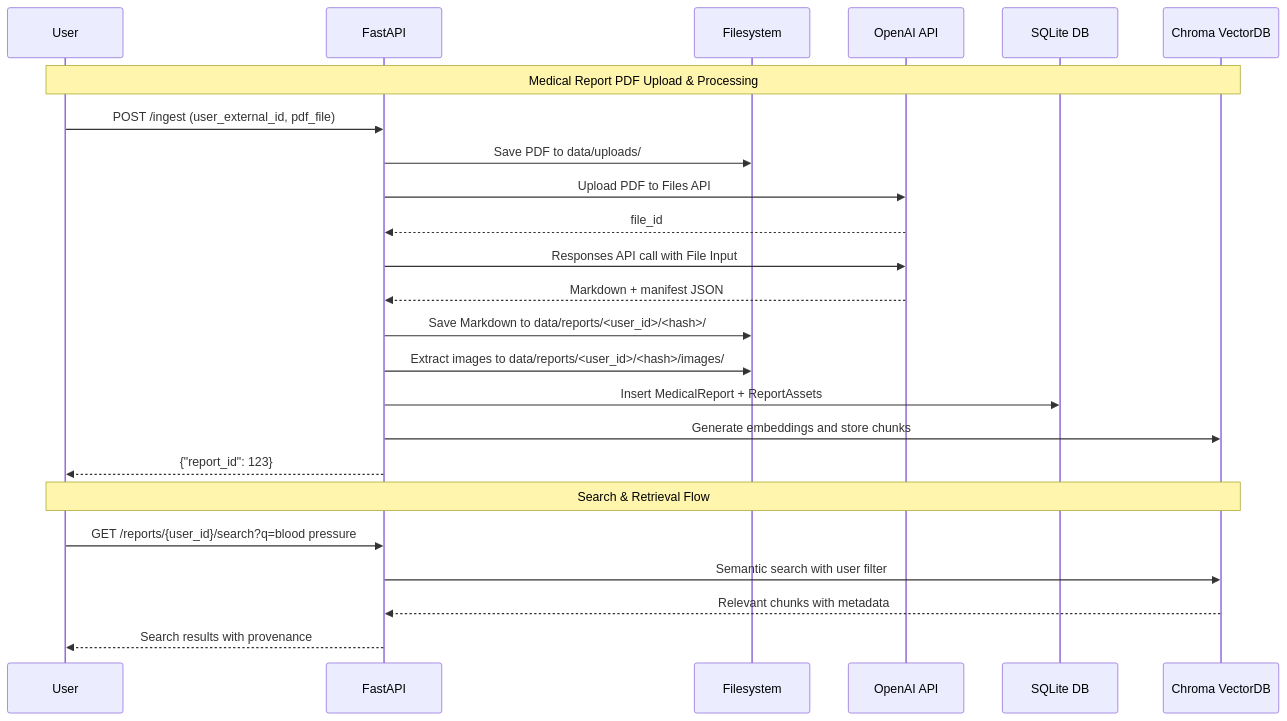
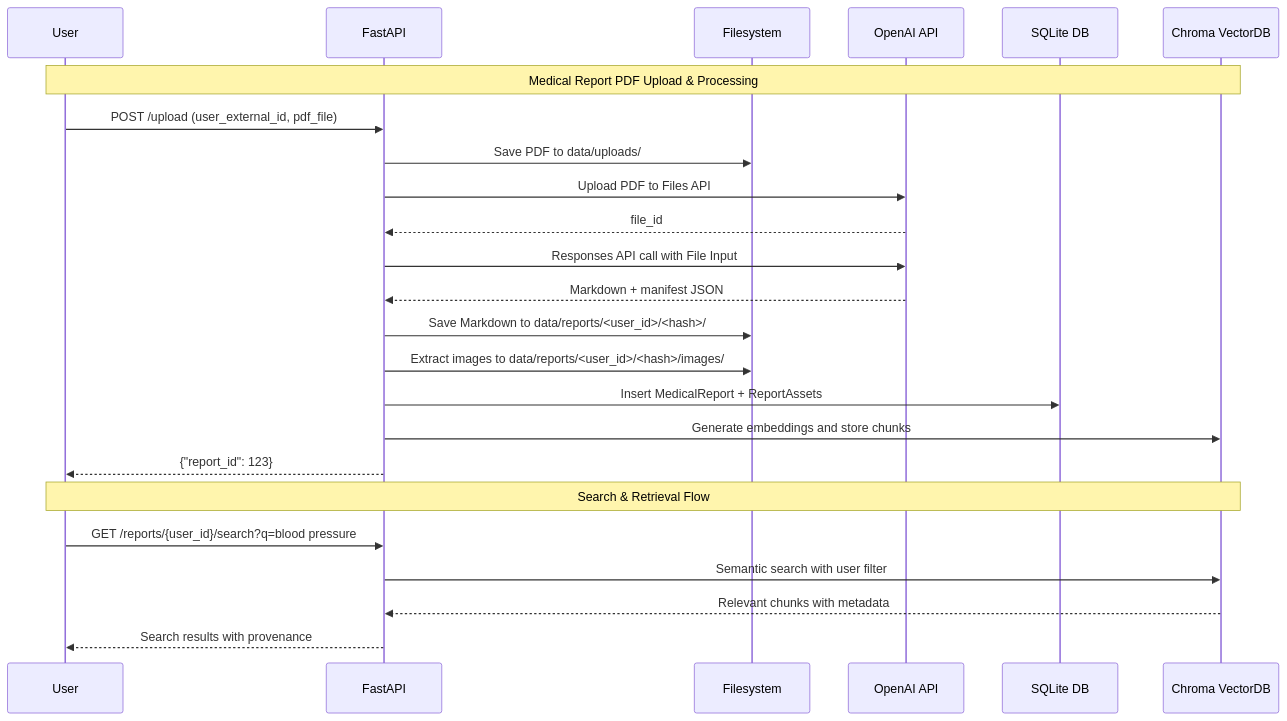
The second of 3 diagrams in docs/specs/healthcare-agent-mvp/design.md (kevinlin/agno-agent), drawn with Mermaid before and after one commit. The commit also changed other lines of this file and 14 other files, not shown here.

Commit message:
Update upload  API routes: - Rename route: `/api/ingest` -> `/api/upload`

````diff
--- a/docs/specs/healthcare-agent-mvp/design.md
+++ b/docs/specs/healthcare-agent-mvp/design.md
@@ -71,28 +71,28 @@
 ```mermaid
 sequenceDiagram
     participant U as User
     participant API as FastAPI
     participant FS as Filesystem
     participant OA as OpenAI API
     participant DB as SQLite DB
     participant VDB as Chroma VectorDB
     
     Note over U,VDB: Medical Report PDF Upload & Processing
-    U->>API: POST /ingest (user_external_id, pdf_file)
+    U->>API: POST /upload (user_external_id, pdf_file)
     API->>FS: Save PDF to data/uploads/
     API->>OA: Upload PDF to Files API
     OA-->>API: file_id
     API->>OA: Responses API call with File Input
     OA-->>API: Markdown + manifest JSON
     API->>FS: Save Markdown to data/reports/<user_id>/<hash>/
     API->>FS: Extract images to data/reports/<user_id>/<hash>/images/
     API->>DB: Insert MedicalReport + ReportAssets
     API->>VDB: Generate embeddings and store chunks
     API-->>U: {"report_id": 123}
     
     Note over U,VDB: Search & Retrieval Flow
     U->>API: GET /reports/{user_id}/search?q=blood pressure
     API->>VDB: Semantic search with user filter
     VDB-->>API: Relevant chunks with metadata
     API-->>U: Search results with provenance
 ```
````
